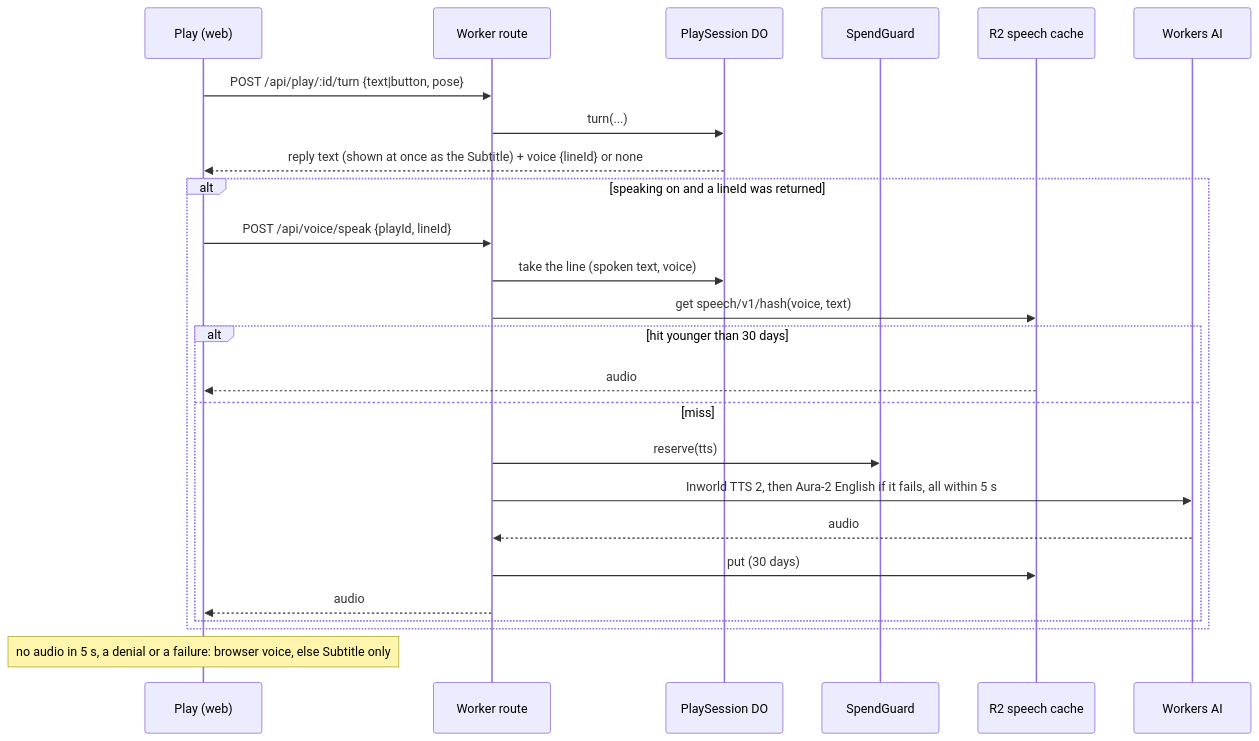
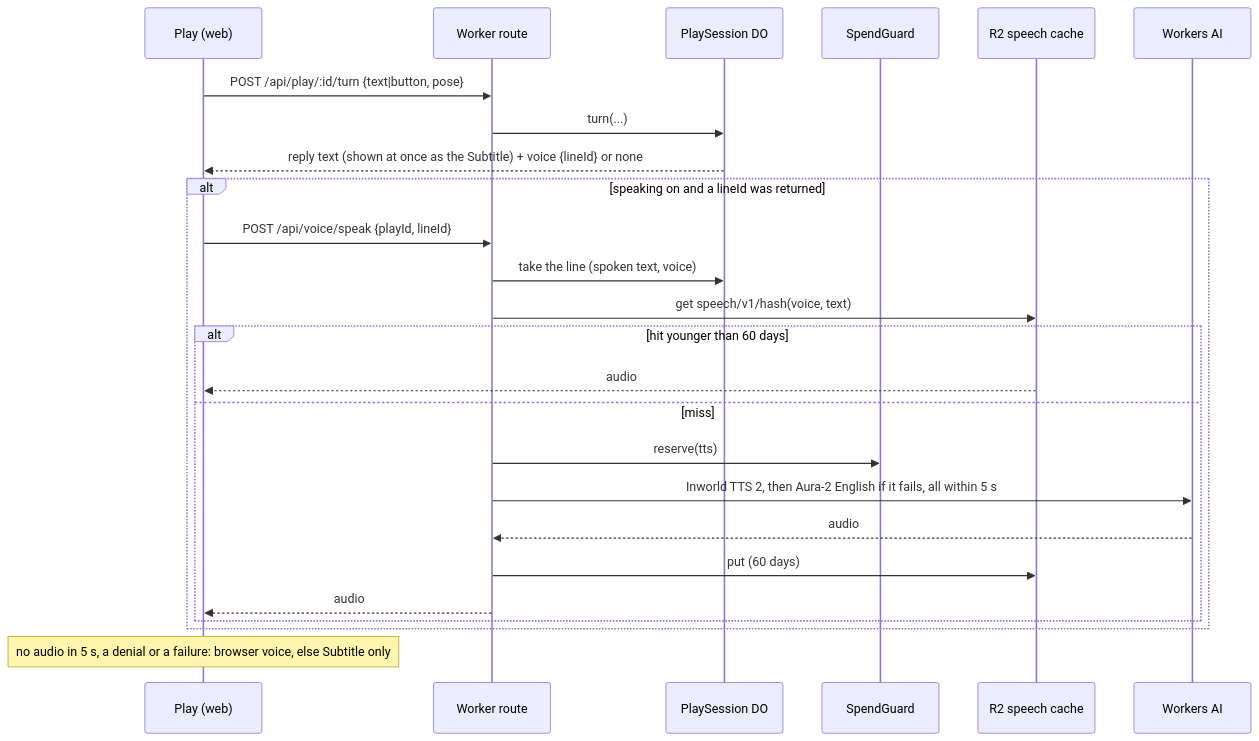
The first of 4 diagrams in .kiro/specs/ghost-voice/design.md (diydan/hauntology), drawn with Mermaid before and after one commit. The commit also changed other lines of this file and 9 other files, not shown here.

````diff
--- a/.kiro/specs/ghost-voice/design.md
+++ b/.kiro/specs/ghost-voice/design.md
@@ -22,27 +22,27 @@
 ```mermaid
 sequenceDiagram
   participant W as Play (web)
   participant A as Worker route
   participant S as PlaySession DO
   participant G as SpendGuard
   participant R as R2 speech cache
   participant B as Workers AI
   W->>A: POST /api/play/:id/turn {text|button, pose}
   A->>S: turn(...)
   S-->>W: reply text (shown at once as the Subtitle) + voice {lineId} or none
   alt speaking on and a lineId was returned
     W->>A: POST /api/voice/speak {playId, lineId}
     A->>S: take the line (spoken text, voice)
     A->>R: get speech/v1/hash(voice, text)
-    alt hit younger than 30 days
+    alt hit younger than 60 days
       R-->>W: audio
     else miss
       A->>G: reserve(tts)
       A->>B: Inworld TTS 2, then Aura-2 English if it fails, all within 5 s
       B-->>A: audio
-      A->>R: put (30 days)
+      A->>R: put (60 days)
       A-->>W: audio
     end
   end
   Note over W: no audio in 5 s, a denial or a failure: browser voice, else Subtitle only
 ```
````
